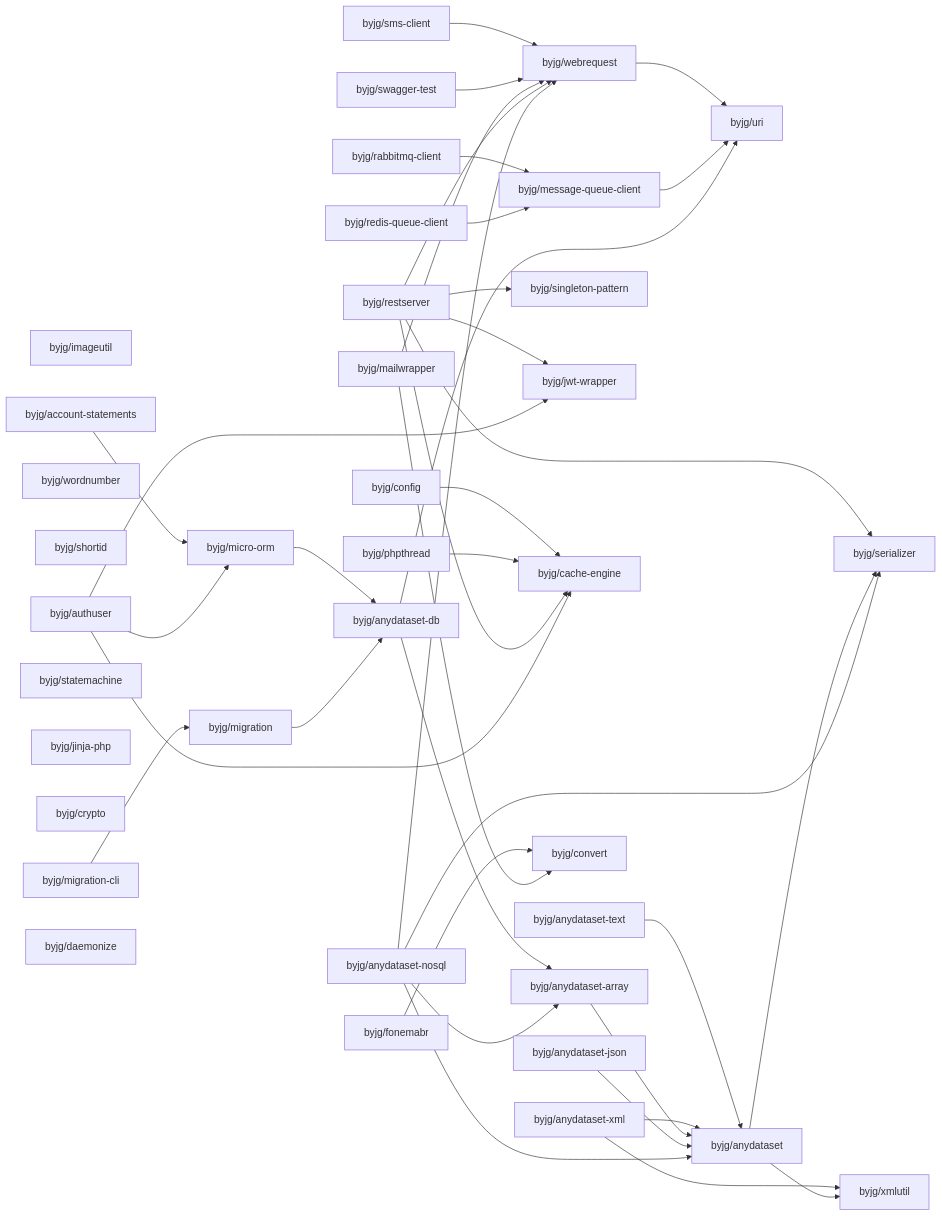
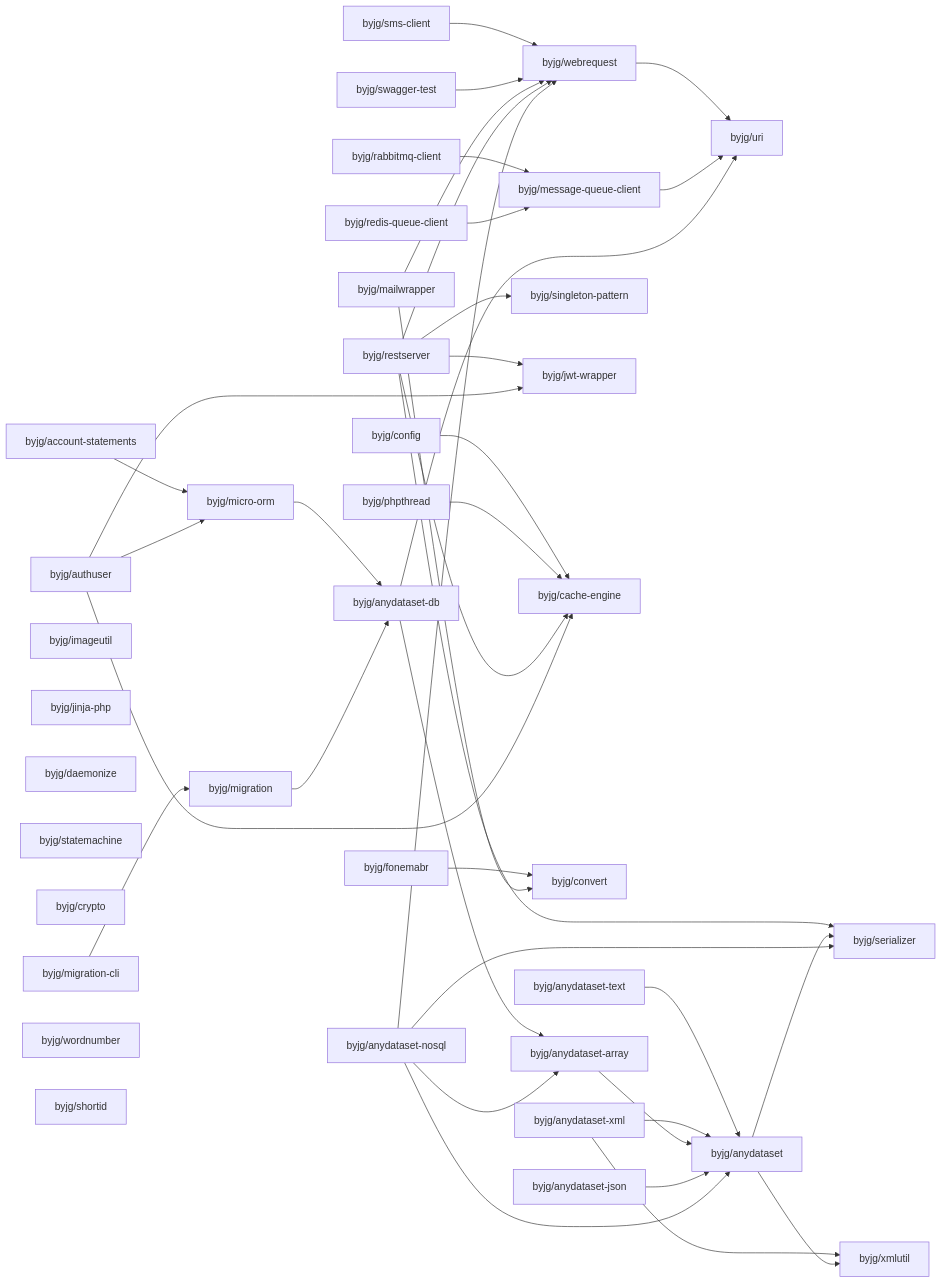
The diagram in php/README.md (byjg/byjg.github.io), drawn with Mermaid before and after one commit. The commit also changed other lines of this file and 1 other file, not shown here.

Commit message:
Update documentation 'php' 'php-cache-engine'

````diff
--- a/php/README.md
+++ b/php/README.md
@@ -3,76 +3,76 @@
 ```mermaid
 graph LR;
+  byjg/config;
+  byjg/anydataset-text;
+  byjg/authuser;
+  byjg/anydataset-xml;
+  byjg/migration-cli;
+  byjg/mailwrapper;
+  byjg/sms-client;
+  byjg/anydataset-json;
   byjg/imageutil;
+  byjg/jinja-php;
+  byjg/redis-queue-client;
+  byjg/daemonize;
+  byjg/statemachine;
+  byjg/restserver;
+  byjg/crypto;
+  byjg/account-statements;
   byjg/phpthread;
+  byjg/wordnumber;
+  byjg/fonemabr;
   byjg/rabbitmq-client;
+  byjg/shortid;
   byjg/anydataset-nosql;
   byjg/swagger-test;
-  byjg/migration-cli;
-  byjg/wordnumber;
-  byjg/restserver;
-  byjg/anydataset-text;
-  byjg/shortid;
-  byjg/anydataset-json;
-  byjg/anydataset-xml;
-  byjg/authuser;
-  byjg/redis-queue-client;
-  byjg/sms-client;
-  byjg/statemachine;
-  byjg/jinja-php;
-  byjg/config;
-  byjg/mailwrapper;
-  byjg/crypto;
-  byjg/fonemabr;
-  byjg/account-statements;
-  byjg/daemonize;
   byjg/migration;
   byjg/singleton-pattern;
   byjg/jwt-wrapper;
+  byjg/micro-orm;
+  byjg/cache-engine;
+  byjg/convert;
   byjg/message-queue-client;
-  byjg/cache-engine;
   byjg/webrequest;
-  byjg/convert;
-  byjg/micro-orm;
   byjg/anydataset-db;
   byjg/anydataset-array;
   byjg/uri;
   byjg/anydataset;
   byjg/serializer;
   byjg/xmlutil;
   byjg/sms-client --> byjg/webrequest;
   byjg/fonemabr --> byjg/convert;
   byjg/config --> byjg/cache-engine;
   byjg/anydataset-text --> byjg/anydataset;
   byjg/webrequest --> byjg/uri;
   byjg/account-statements --> byjg/micro-orm;
   byjg/rabbitmq-client --> byjg/message-queue-client;
   byjg/micro-orm --> byjg/anydataset-db;
   byjg/phpthread --> byjg/cache-engine;
   byjg/swagger-test --> byjg/webrequest;
   byjg/anydataset-xml --> byjg/anydataset;
   byjg/anydataset-xml --> byjg/xmlutil;
   byjg/anydataset-array --> byjg/anydataset;
   byjg/mailwrapper --> byjg/convert;
   byjg/mailwrapper --> byjg/webrequest;
   byjg/message-queue-client --> byjg/uri;
   byjg/anydataset-db --> byjg/anydataset-array;
   byjg/anydataset-db --> byjg/uri;
   byjg/anydataset-json --> byjg/anydataset;
   byjg/migration --> byjg/anydataset-db;
   byjg/redis-queue-client --> byjg/message-queue-client;
   byjg/restserver --> byjg/serializer;
   byjg/restserver --> byjg/singleton-pattern;
   byjg/restserver --> byjg/cache-engine;
   byjg/restserver --> byjg/webrequest;
   byjg/restserver --> byjg/jwt-wrapper;
   byjg/authuser --> byjg/micro-orm;
   byjg/authuser --> byjg/cache-engine;
   byjg/authuser --> byjg/jwt-wrapper;
   byjg/migration-cli --> byjg/migration;
   byjg/anydataset --> byjg/serializer;
   byjg/anydataset --> byjg/xmlutil;
   byjg/anydataset-nosql --> byjg/anydataset;
   byjg/anydataset-nosql --> byjg/anydataset-array;
   byjg/anydataset-nosql --> byjg/serializer;
   byjg/anydataset-nosql --> byjg/webrequest;
 ```
````
